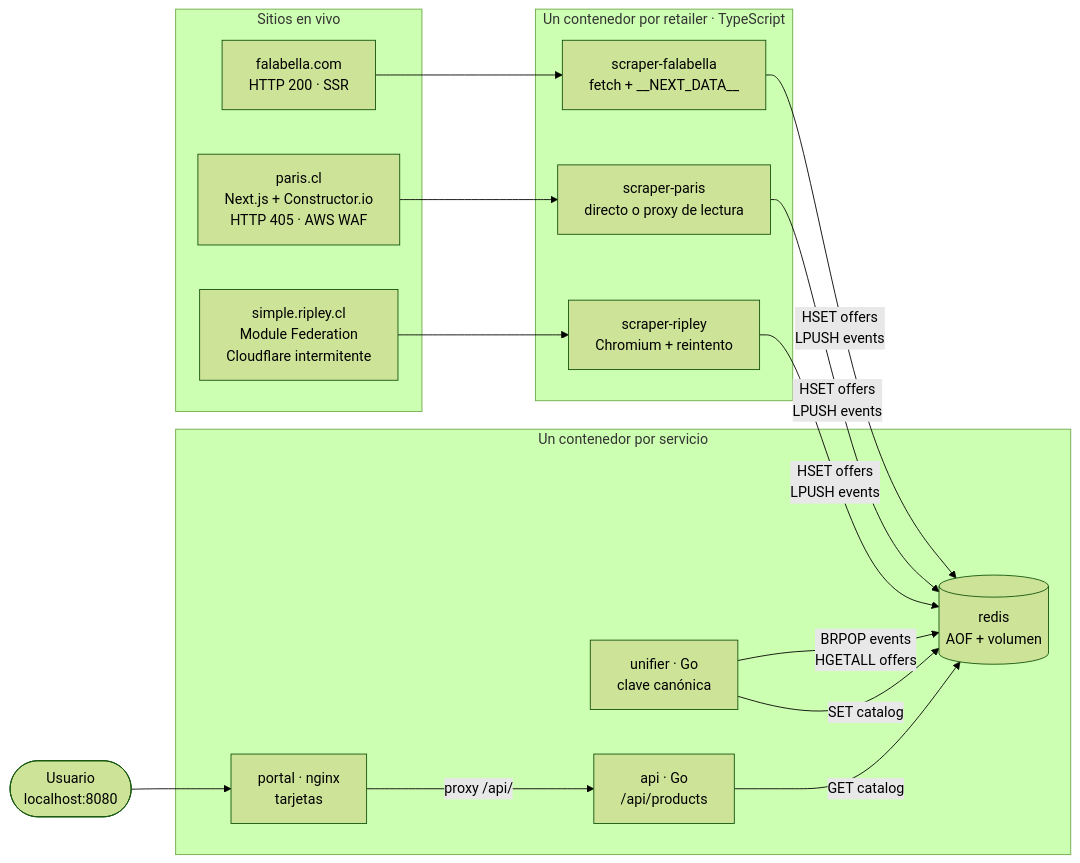
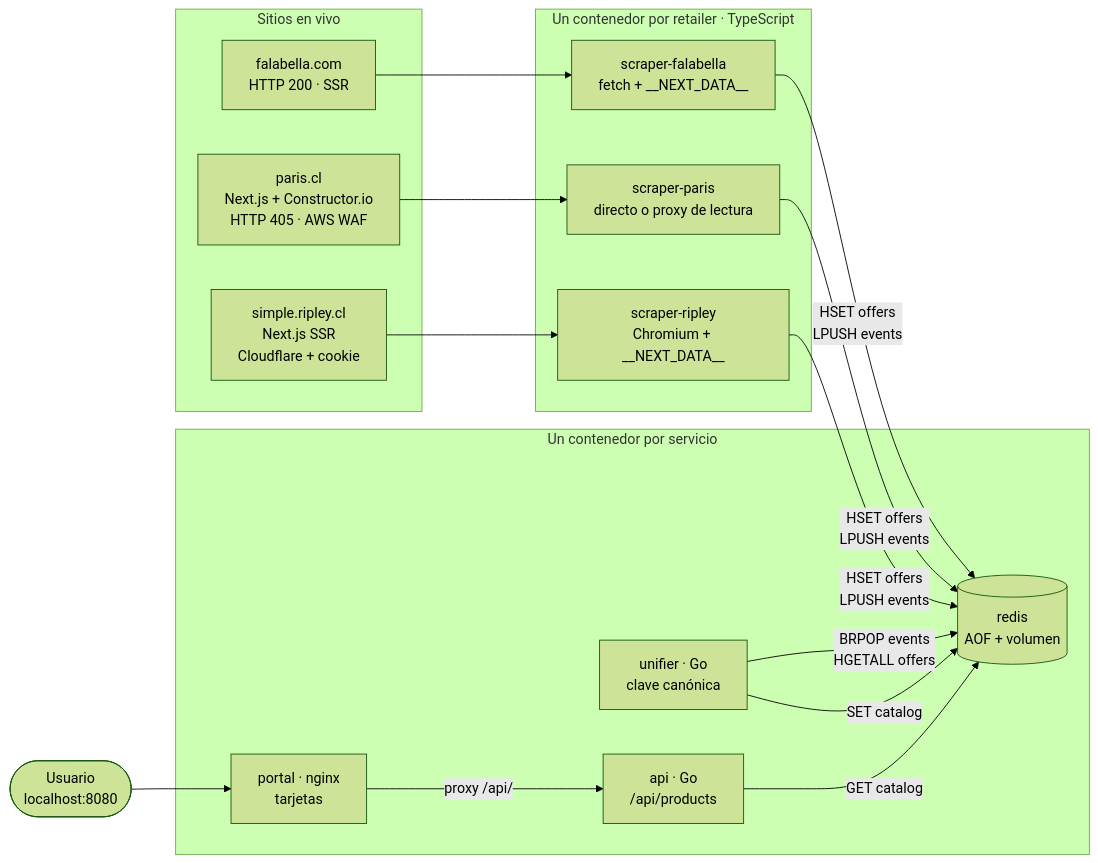
Before and after one commit to sdamianiw/chilecompara: the diagram in README.md, drawn with Mermaid (forest theme). The commit also changed other lines of this file and 5 other files, not shown here.

````diff
--- a/README.md
+++ b/README.md
@@ -61,36 +69,36 @@
 ```mermaid
 flowchart LR
     subgraph sitios["Sitios en vivo"]
         F["falabella.com<br/>HTTP 200 · SSR"]
         P["paris.cl<br/>Next.js + Constructor.io<br/>HTTP 405 · AWS WAF"]
-        R["simple.ripley.cl<br/>Module Federation<br/>Cloudflare intermitente"]
+        R["simple.ripley.cl<br/>Next.js SSR<br/>Cloudflare + cookie"]
     end
 
     subgraph nodos["Un contenedor por retailer · TypeScript"]
         SF["scraper-falabella<br/>fetch + __NEXT_DATA__"]
         SP["scraper-paris<br/>directo o proxy de lectura"]
-        SR["scraper-ripley<br/>Chromium + reintento"]
+        SR["scraper-ripley<br/>Chromium + __NEXT_DATA__"]
     end
 
     subgraph servicios["Un contenedor por servicio"]
         RD[("redis<br/>AOF + volumen")]
         UN["unifier · Go<br/>clave canónica"]
         AP["api · Go<br/>/api/products"]
         PO["portal · nginx<br/>tarjetas"]
     end
 
     F --> SF
     P --> SP
     R --> SR
 
     SF -->|"HSET offers<br/>LPUSH events"| RD
     SP -->|"HSET offers<br/>LPUSH events"| RD
     SR -->|"HSET offers<br/>LPUSH events"| RD
 
     UN -->|"BRPOP events<br/>HGETALL offers"| RD
     UN -->|"SET catalog"| RD
     AP -->|"GET catalog"| RD
     PO -->|"proxy /api/"| AP
 
     USER(["Usuario<br/>localhost:8080"]) --> PO
 ```
````
